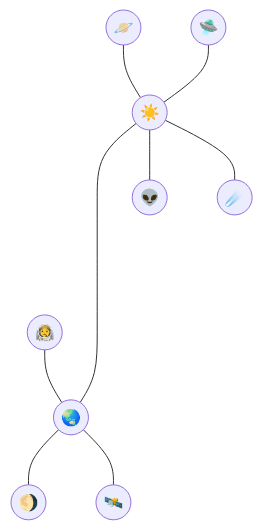
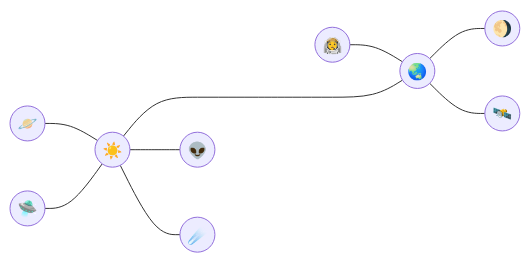
The fourth of 7 diagrams in README.md (RhizomeDB/spec), drawn with Mermaid before and after one commit. The commit also changed other lines of this file, not shown here.

````diff
--- a/README.md
+++ b/README.md
@@ -461,20 +461,20 @@
 ``` mermaid
-flowchart BT
+flowchart RL
     sun(("☀️"))
 
     earth(("🌏"))
     saturn(("🪐"))
     alien(("👽"))
     uap(("🛸"))
     meteor(("☄️"))
 
     earth ------ sun
     sun --- saturn
     alien --- sun
     sun --- uap
     meteor --- sun
 
     moon(("🌖")) --- earth
     satelite(("🛰️")) --- earth
     earth --- astro(("👩‍🚀"))
 ```
````
